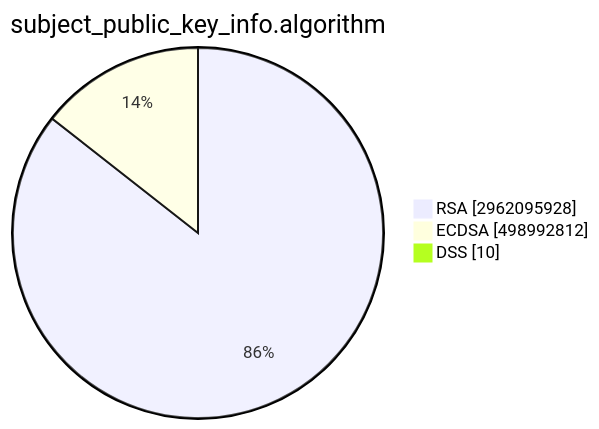
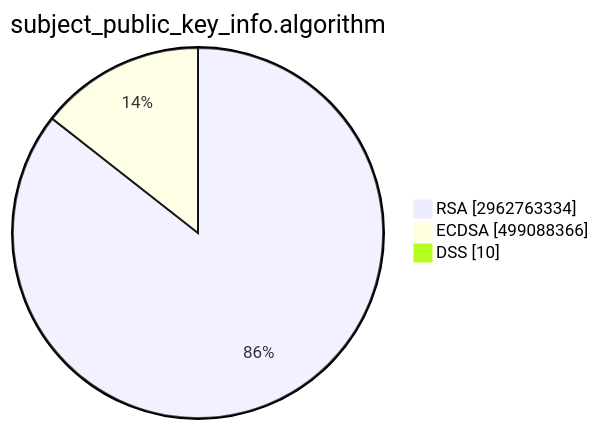
Before and after one commit to christiankrug/ctmonitor_visualization: the second of 15 diagrams in TOTAL/README.md, drawn with Mermaid. The commit also changed other lines of this file, not shown here.

````diff
--- a/TOTAL/README.md
+++ b/TOTAL/README.md
@@ -6,7 +6,7 @@
 ```mermaid
 pie showData
 title subject_public_key_info.algorithm
-"RSA" :2962095928
-"ECDSA" :498992812
+"RSA" :2962763334
+"ECDSA" :499088366
 "DSS" :10
 ```
````
